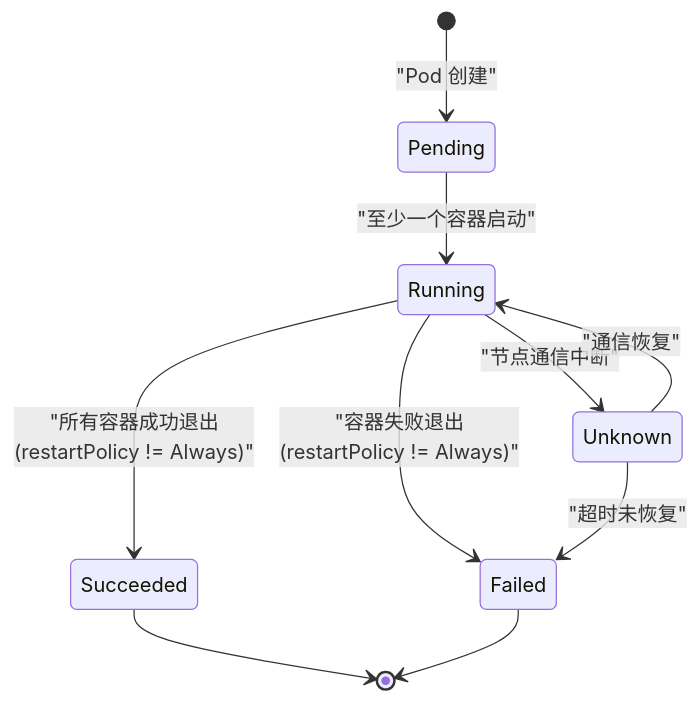
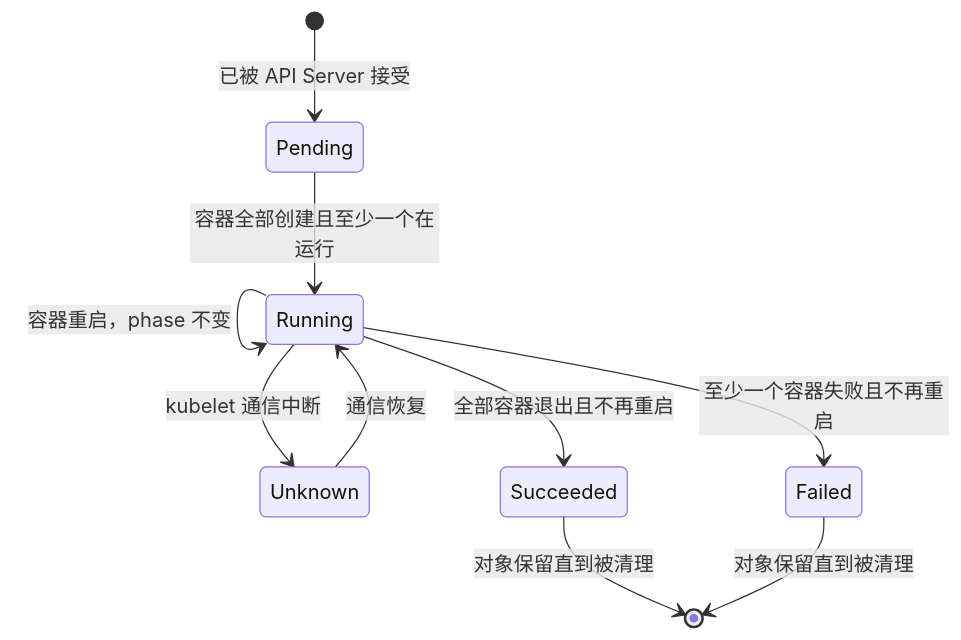
One commit to hpliStartAgain/my-brain changed the second of 6 diagrams in content/云原生/Kubernetes/kubernetes生命周期管理和服务发现/02 Pod 生命周期深度解析.md. Above: the diagram before and after it, drawn with Mermaid. The commit also changed other lines of this file and 259 other files, not shown here.

````diff
--- a/content/云原生/Kubernetes/kubernetes生命周期管理和服务发现/02 Pod 生命周期深度解析.md
+++ b/content/云原生/Kubernetes/kubernetes生命周期管理和服务发现/02 Pod 生命周期深度解析.md
@@ -35,13 +131,13 @@
 ```mermaid
 %%{init: {'theme': 'dracula'}}%%
 stateDiagram-v2
-    [*] --> Pending: "Pod 创建"
-    Pending --> Running: "至少一个容器启动"
-    Running --> Succeeded: "所有容器成功退出</br>(restartPolicy != Always)"
-    Running --> Failed: "容器失败退出</br>(restartPolicy != Always)"
-    Running --> Unknown: "节点通信中断"
-    Unknown --> Running: "通信恢复"
-    Unknown --> Failed: "超时未恢复"
-    Succeeded --> [*]
-    Failed --> [*]
+    [*] --> Pending: 已被 API Server 接受
+    Pending --> Running: 容器全部创建且至少一个在运行
+    Running --> Running: 容器重启，phase 不变
+    Running --> Succeeded: 全部容器退出且不再重启
+    Running --> Failed: 至少一个容器失败且不再重启
+    Running --> Unknown: kubelet 通信中断
+    Unknown --> Running: 通信恢复
+    Succeeded --> [*]: 对象保留直到被清理
+    Failed --> [*]: 对象保留直到被清理
 ```
````
